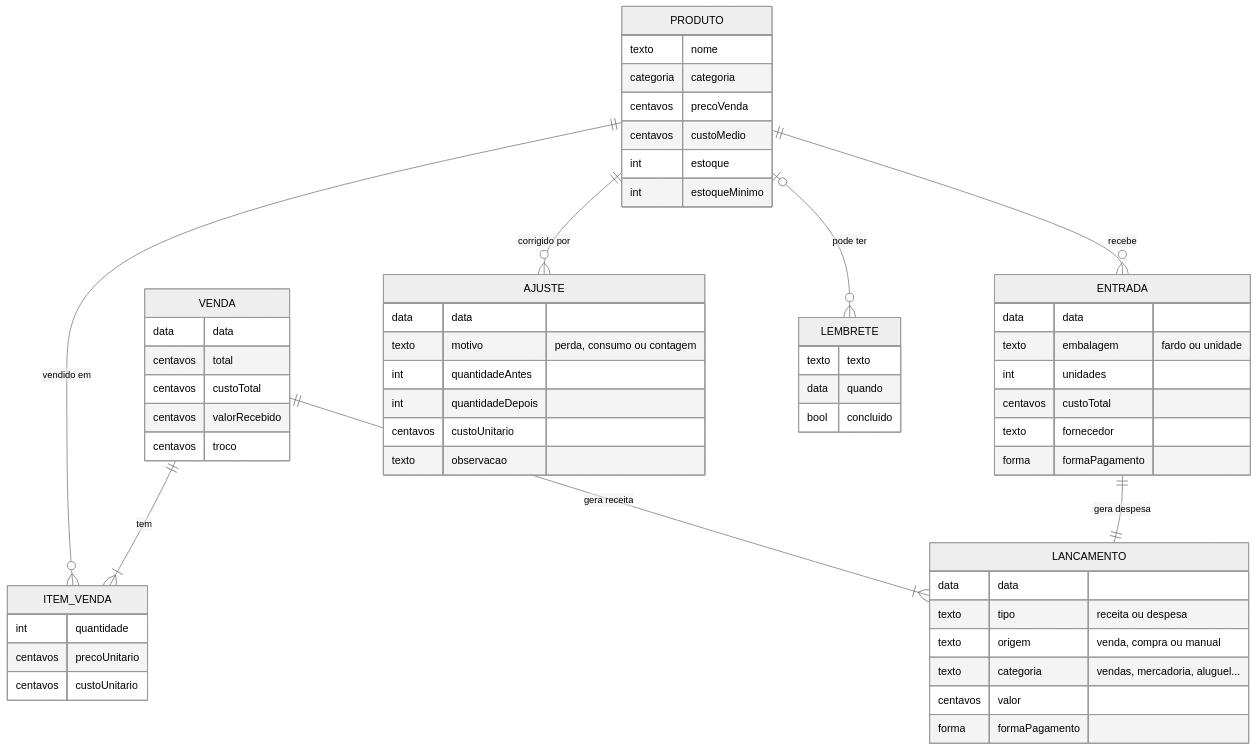
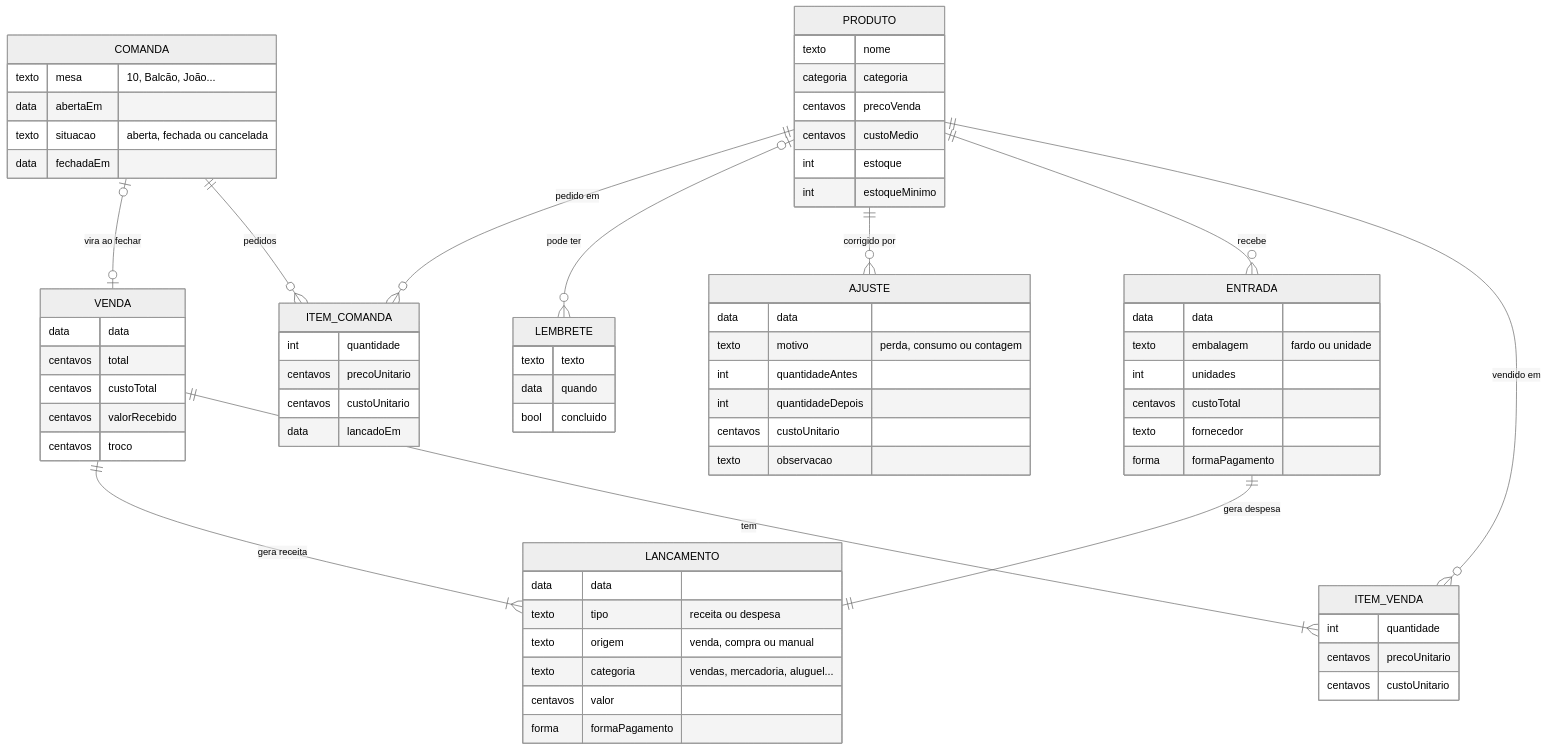
Before and after one commit to Diogo632/Adegas: the fifth of 5 diagrams in docs/FLUXO.md, drawn with Mermaid (neutral theme). The commit also changed other lines of this file and 36 other files, not shown here.

````diff
--- a/docs/FLUXO.md
+++ b/docs/FLUXO.md
@@ -182,60 +222,75 @@
 ```mermaid
 erDiagram
     PRODUTO ||--o{ ITEM_VENDA : "vendido em"
     PRODUTO ||--o{ ENTRADA : "recebe"
     VENDA ||--|{ ITEM_VENDA : tem
     VENDA ||--|{ LANCAMENTO : "gera receita"
     ENTRADA ||--|| LANCAMENTO : "gera despesa"
     PRODUTO ||--o{ AJUSTE : "corrigido por"
     PRODUTO |o--o{ LEMBRETE : "pode ter"
+    COMANDA ||--o{ ITEM_COMANDA : "pedidos"
+    PRODUTO ||--o{ ITEM_COMANDA : "pedido em"
+    COMANDA |o--o| VENDA : "vira ao fechar"
 
     PRODUTO {
         texto nome
         categoria categoria
         centavos precoVenda
         centavos custoMedio
         int estoque
         int estoqueMinimo
     }
     ENTRADA {
         data data
         texto embalagem "fardo ou unidade"
         int unidades
         centavos custoTotal
         texto fornecedor
         forma formaPagamento
     }
     VENDA {
         data data
         centavos total
         centavos custoTotal
         centavos valorRecebido
         centavos troco
     }
     ITEM_VENDA {
         int quantidade
         centavos precoUnitario
         centavos custoUnitario
     }
     LANCAMENTO {
         data data
         texto tipo "receita ou despesa"
         texto origem "venda, compra ou manual"
         texto categoria "vendas, mercadoria, aluguel..."
         centavos valor
         forma formaPagamento
     }
     AJUSTE {
         data data
         texto motivo "perda, consumo ou contagem"
         int quantidadeAntes
         int quantidadeDepois
         centavos custoUnitario
         texto observacao
     }
     LEMBRETE {
         texto texto
         data quando
         bool concluido
     }
+    COMANDA {
+        texto mesa "10, Balcão, João..."
+        data abertaEm
+        texto situacao "aberta, fechada ou cancelada"
+        data fechadaEm
+    }
+    ITEM_COMANDA {
+        int quantidade
+        centavos precoUnitario
+        centavos custoUnitario
+        data lancadoEm
+    }
 ```
````
